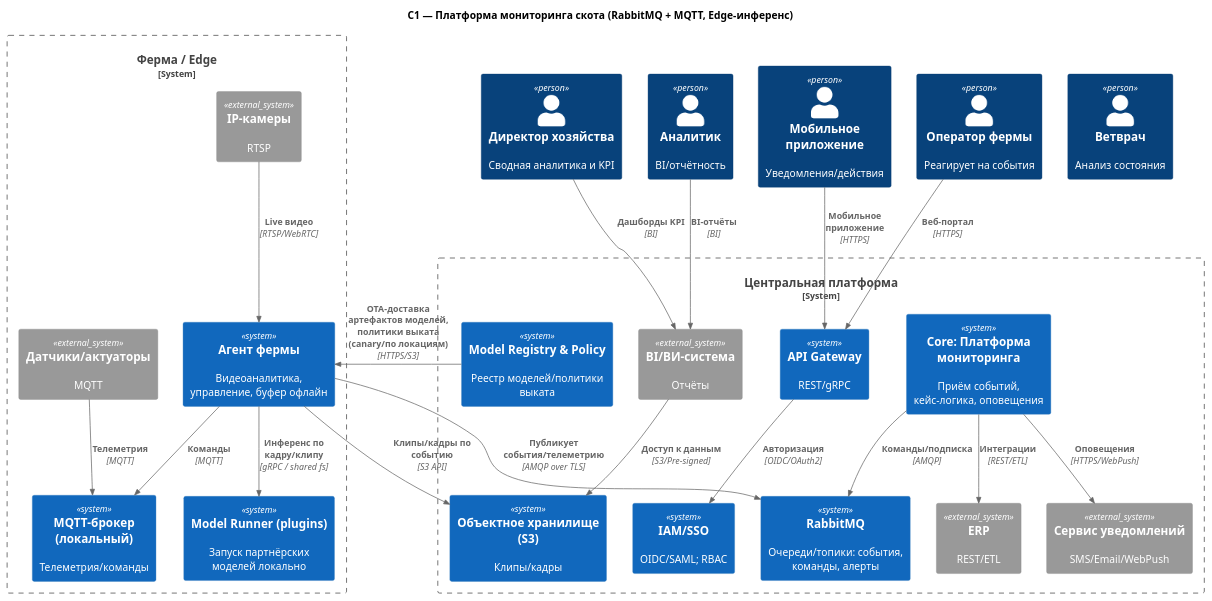
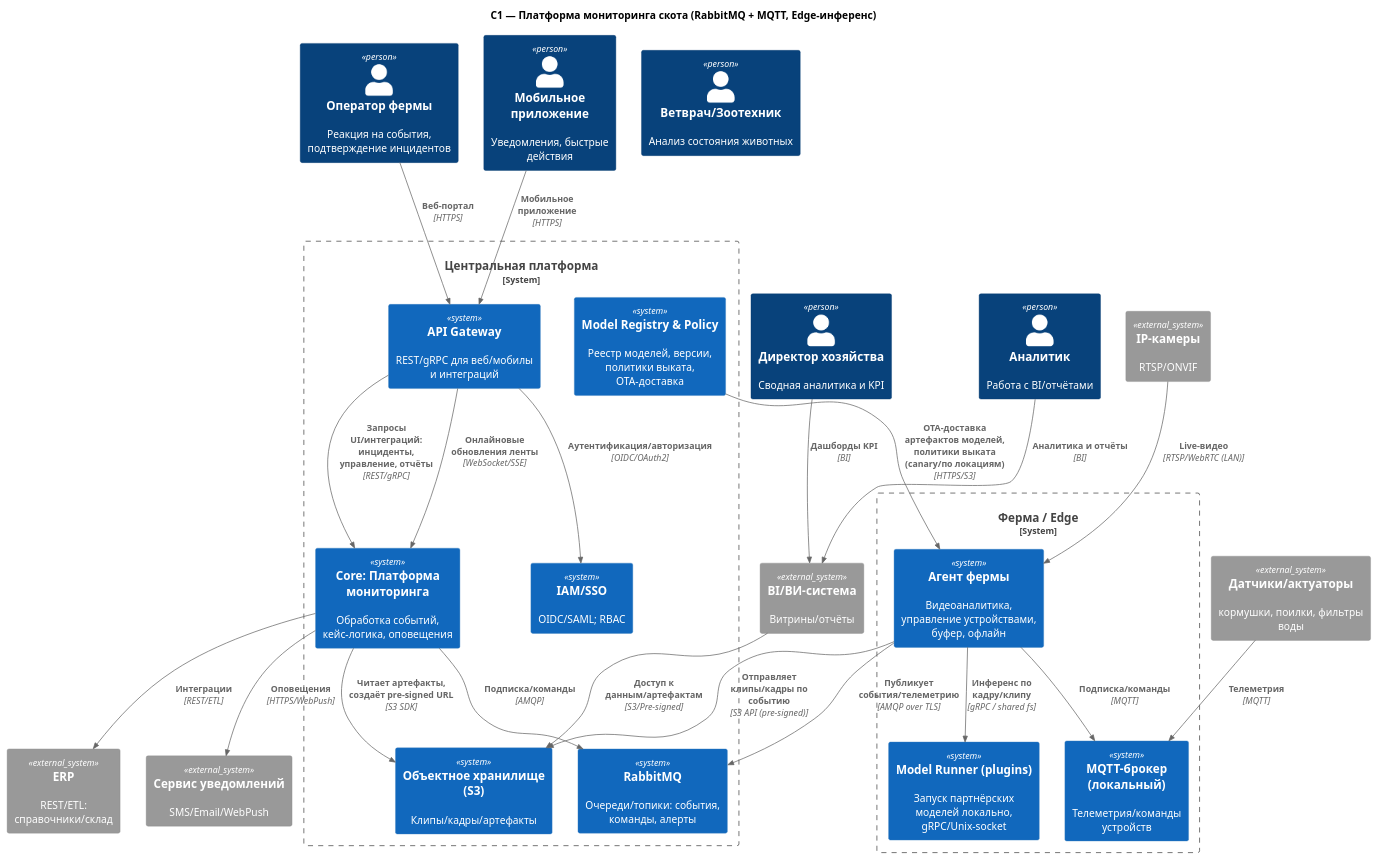
Before and after one commit to G-NighT/MSA-AgroTech: the diagram in Task1/context_v2.puml, drawn with PlantUML. The commit also changed 1 other file, not shown here.

Commit message:
UPDATE / C1 charts

```diff
--- a/Task1/context_v2.puml
+++ b/Task1/context_v2.puml
@@ -1,56 +1,68 @@
-@startuml C1-alt
+@startuml context_v2
 ' C4-PlantUML (Context)
 !includeurl https://raw.githubusercontent.com/plantuml-stdlib/C4-PlantUML/master/C4_Context.puml
 LAYOUT_TOP_DOWN()
 
 title C1 — Платформа мониторинга скота (RabbitMQ + MQTT, Edge-инференс)
 
-' === Акторы ===
-Person(op, "Оператор фермы", "Реагирует на события")
-Person(vet, "Ветврач", "Анализ состояния")
+' Акторы
+Person(op, "Оператор фермы", "Реакция на события, подтверждение инцидентов")
+Person(vet, "Ветврач/Зоотехник", "Анализ состояния животных")
 Person(dir, "Директор хозяйства", "Сводная аналитика и KPI")
-Person(analyst, "Аналитик", "BI/отчётность")
-Person(mobile, "Мобильное приложение", "Уведомления/действия")
+Person(analyst, "Аналитик", "Работа с BI/отчётами")
+Person(mobile, "Мобильное приложение", "Уведомления, быстрые действия")
 
-' === Ферма / Edge ===
+' Внешние системы
+System_Ext(cam, "IP-камеры", "RTSP/ONVIF")
+System_Ext(sensors, "Датчики/актуаторы", "кормушки, поилки, фильтры воды")
+System_Ext(bi, "BI/ВИ-система", "Витрины/отчёты")
+System_Ext(erp, "ERP", "REST/ETL: справочники/склад")
+System_Ext(notif, "Сервис уведомлений", "SMS/Email/WebPush")
+
+' Ферма / Edge
 System_Boundary(edge, "Ферма / Edge") {
-  System_Ext(cam, "IP-камеры", "RTSP")
-  System_Ext(sensors, "Датчики/актуаторы", "MQTT")
-  System(edgeAgent, "Агент фермы", "Видеоаналитика, управление, буфер офлайн")
-  System(edgeRunner, "Model Runner (plugins)", "Запуск партнёрских моделей локально")
-  System(mqttLocal, "MQTT-брокер (локальный)", "Телеметрия/команды")
-
-  Rel(cam, edgeAgent, "Live видео", "RTSP/WebRTC")
-  Rel(sensors, mqttLocal, "Телеметрия", "MQTT")
-  Rel(edgeAgent, mqttLocal, "Команды", "MQTT")
-  Rel(edgeAgent, edgeRunner, "Инференс по кадру/клипу", "gRPC / shared fs")
+  System(edgeAgent, "Агент фермы", "Видеоаналитика, управление устройствами, буфер, офлайн")
+  System(edgeRunner, "Model Runner (plugins)", "Запуск партнёрских моделей локально, gRPC/Unix-socket")
+  System(mqttLocal, "MQTT-брокер (локальный)", "Телеметрия/команды устройств")
 }
 
-' === Центр ===
+' Связи внешних устройств с Edge
+Rel(cam, edgeAgent, "Live-видео", "RTSP/WebRTC (LAN)")
+Rel(sensors, mqttLocal, "Телеметрия", "MQTT")
+Rel(edgeAgent, mqttLocal, "Подписка/команды", "MQTT")
+Rel(edgeAgent, edgeRunner, "Инференс по кадру/клипу", "gRPC / shared fs")
+
+' Центральная платформа
 System_Boundary(central, "Центральная платформа") {
-  System(core, "Core: Платформа мониторинга", "Приём событий, кейс-логика, оповещения")
+  System(core, "Core: Платформа мониторинга", "Обработка событий, кейс-логика, оповещения")
   System(rmq, "RabbitMQ", "Очереди/топики: события, команды, алерты")
-  System(object, "Объектное хранилище (S3)", "Клипы/кадры")
+  System(object, "Объектное хранилище (S3)", "Клипы/кадры/артефакты")
   System(auth, "IAM/SSO", "OIDC/SAML; RBAC")
-  System(api, "API Gateway", "REST/gRPC")
-  System(reg, "Model Registry & Policy", "Реестр моделей/политики выката")
-  System_Ext(erp, "ERP", "REST/ETL")
-  System_Ext(bi, "BI/ВИ-система", "Отчёты")
-  System_Ext(notif, "Сервис уведомлений", "SMS/Email/WebPush")
+  System(api, "API Gateway", "REST/gRPC для веб/мобилы и интеграций")
+  System(reg, "Model Registry & Policy", "Реестр моделей, версии, политики выката, OTA-доставка")
 }
 
-' === Связи edge ↔ центр ===
+' Связи Edge с Центром
 Rel(edgeAgent, rmq, "Публикует события/телеметрию", "AMQP over TLS")
-Rel(core, rmq, "Команды/подписка", "AMQP")
-Rel(edgeAgent, object, "Клипы/кадры по событию", "S3 API")
-Rel(core, notif, "Оповещения", "HTTPS/WebPush")
+Rel(core, rmq, "Подписка/команды", "AMQP")
+Rel(edgeAgent, object, "Отправляет клипы/кадры по событию", "S3 API (pre-signed)")
+
+' API Gateway связи
 Rel(op, api, "Веб-портал", "HTTPS")
 Rel(mobile, api, "Мобильное приложение", "HTTPS")
-Rel(api, auth, "Авторизация", "OIDC/OAuth2")
+Rel(api, auth, "Аутентификация/авторизация", "OIDC/OAuth2")
+Rel(api, core, "Запросы UI/интеграций: инциденты, управление, отчёты", "REST/gRPC")
+Rel(api, core, "Онлайновые обновления ленты", "WebSocket/SSE")
+
+' Core с внешними системами/хранилищем
+Rel(core, object, "Читает артефакты, создаёт pre-signed URL", "S3 SDK")
+Rel(core, notif, "Оповещения", "HTTPS/WebPush")
 Rel(core, erp, "Интеграции", "REST/ETL")
-Rel(bi, object, "Доступ к данным", "S3/Pre-signed")
-Rel(analyst, bi, "BI-отчёты", "BI")
+Rel(analyst, bi, "Аналитика и отчёты", "BI")
+Rel(bi, object, "Доступ к данным/артефактам", "S3/Pre-signed")
 Rel(dir, bi, "Дашборды KPI", "BI")
+
+' Доставка моделей
 Rel(reg, edgeAgent, "OTA-доставка артефактов моделей,\nполитики выката (canary/по локациям)", "HTTPS/S3")
 
 @enduml
```
